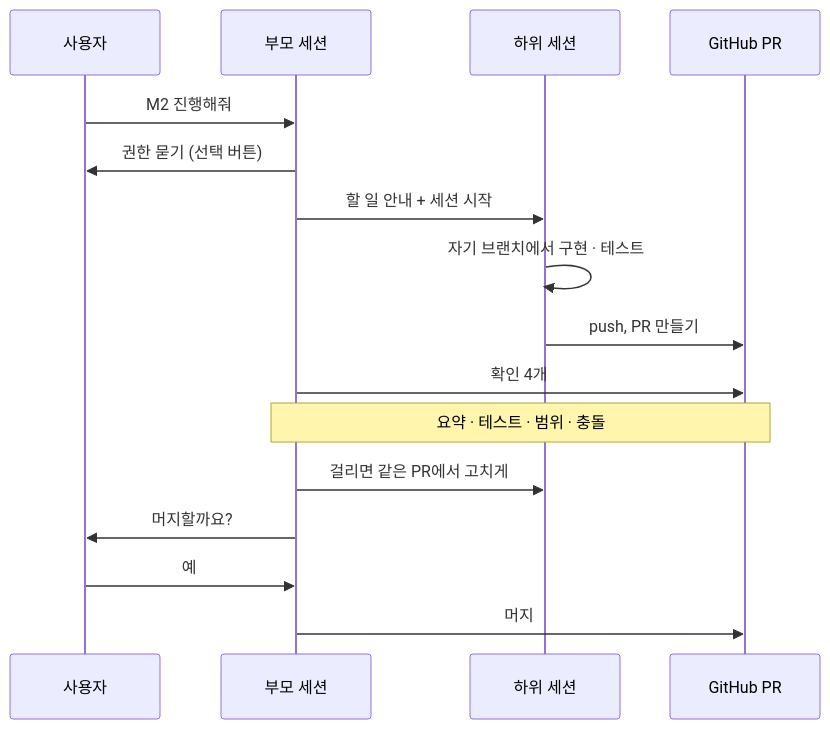
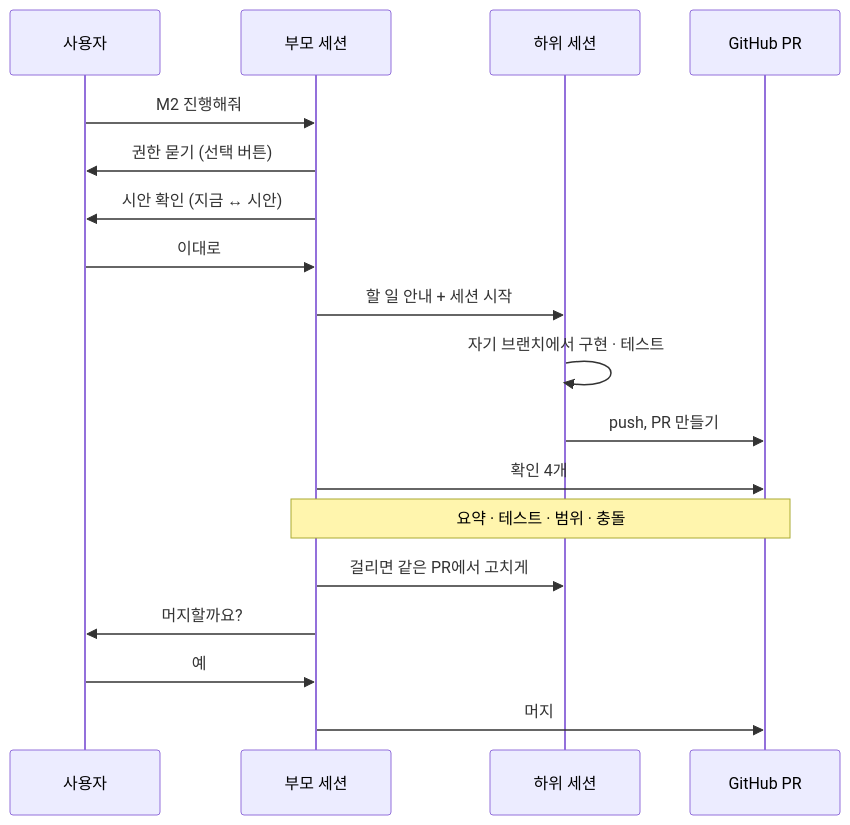
The second of 2 diagrams in README.ko.md (ff-1204/claude-haejo), drawn with Mermaid before and after one commit. The commit also changed other lines of this file and 12 other files, not shown here.

````diff
--- a/README.ko.md
+++ b/README.ko.md
@@ -67,18 +68,20 @@
 ```mermaid
 sequenceDiagram
   participant U as 사용자
   participant P as 부모 세션
   participant C as 하위 세션
   participant G as GitHub PR
   U->>P: M2 진행해줘
   P->>U: 권한 묻기 (선택 버튼)
+  P->>U: 시안 확인 (지금 ↔ 시안)
+  U->>P: 이대로
   P->>C: 할 일 안내 + 세션 시작
   C->>C: 자기 브랜치에서 구현 · 테스트
   C->>G: push, PR 만들기
   P->>G: 확인 4개
   Note over P,G: 요약 · 테스트 · 범위 · 충돌
   P->>C: 걸리면 같은 PR에서 고치게
   P->>U: 머지할까요?
   U->>P: 예
   P->>G: 머지
 ```
````
